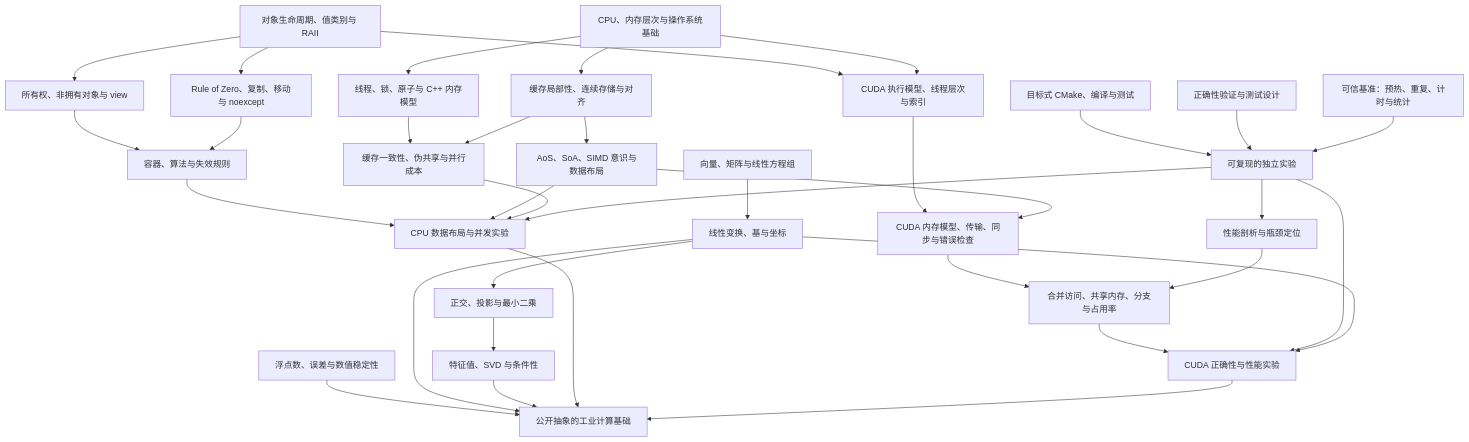
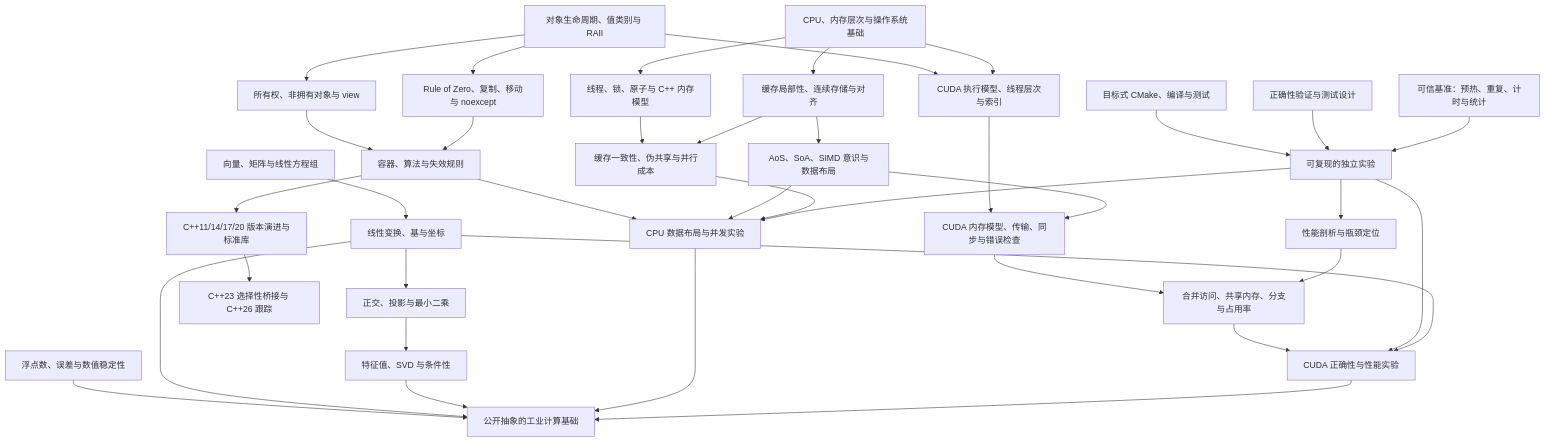
The diagram in notes/knowledge-map.md (W-yf/cuda-selfLearning), drawn with Mermaid before and after one commit. The commit also changed other lines of this file and 17 other files, not shown here.

````diff
--- a/notes/knowledge-map.md
+++ b/notes/knowledge-map.md
@@ -37,42 +37,44 @@
 ```mermaid
 flowchart TB
     LA1["向量、矩阵与线性方程组"] --> LA2["线性变换、基与坐标"]
     LA2 --> LA3["正交、投影与最小二乘"]
     LA3 --> LA4["特征值、SVD 与条件性"]
     NUM1["浮点数、误差与数值稳定性"] --> APP["公开抽象的工业计算基础"]
     LA2 --> APP
     LA4 --> APP
 
     CPP1["对象生命周期、值类别与 RAII"] --> CPP2["所有权、非拥有对象与 view"]
     CPP1 --> CPP3["Rule of Zero、复制、移动与 noexcept"]
     CPP2 --> CPP4["容器、算法与失效规则"]
     CPP3 --> CPP4
+    CPP4 --> CPP5["C++11/14/17/20 版本演进与标准库"]
+    CPP5 --> CPP6["C++23 选择性桥接与 C++26 跟踪"]
 
     ARCH1["CPU、内存层次与操作系统基础"] --> MEM1["缓存局部性、连续存储与对齐"]
     MEM1 --> MEM2["AoS、SoA、SIMD 意识与数据布局"]
     ARCH1 --> CONC1["线程、锁、原子与 C++ 内存模型"]
     CONC1 --> CONC2["缓存一致性、伪共享与并行成本"]
     MEM1 --> CONC2
 
     BUILD1["目标式 CMake、编译与测试"] --> EXP1["可复现的独立实验"]
     TEST1["正确性验证与测试设计"] --> EXP1
     BENCH1["可信基准：预热、重复、计时与统计"] --> EXP1
     EXP1 --> PROF1["性能剖析与瓶颈定位"]
 
     CPP4 --> CPUP["CPU 数据布局与并发实验"]
     MEM2 --> CPUP
     CONC2 --> CPUP
     EXP1 --> CPUP
     CPUP --> APP
 
     CPP1 --> CUDA1["CUDA 执行模型、线程层次与索引"]
     ARCH1 --> CUDA1
     CUDA1 --> CUDA2["CUDA 内存模型、传输、同步与错误检查"]
     MEM2 --> CUDA2
     CUDA2 --> CUDA3["合并访问、共享内存、分支与占用率"]
     PROF1 --> CUDA3
     CUDA3 --> GPUX["CUDA 正确性与性能实验"]
     EXP1 --> GPUX
     LA2 --> GPUX
     GPUX --> APP
 ```
````
